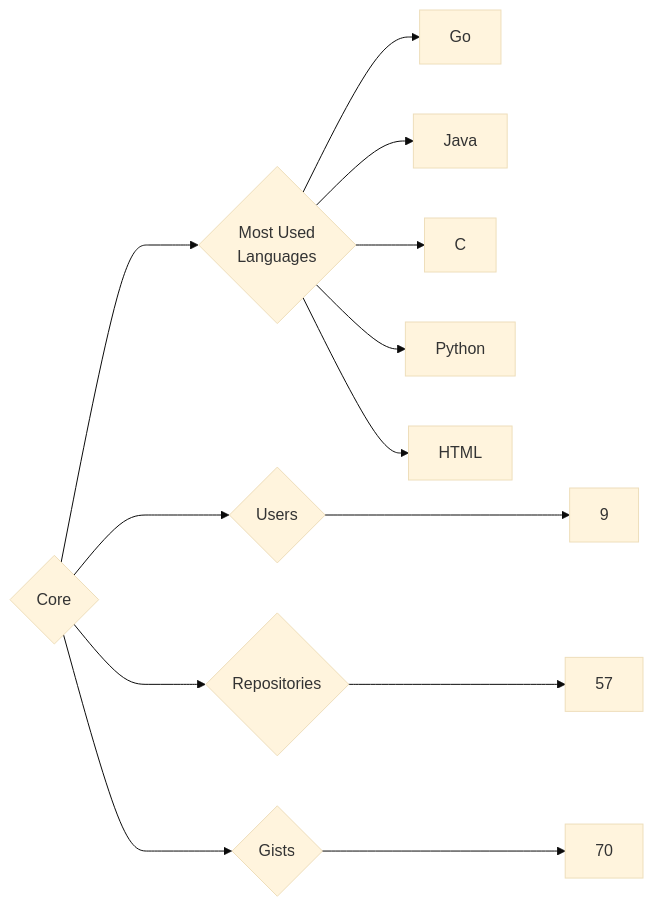
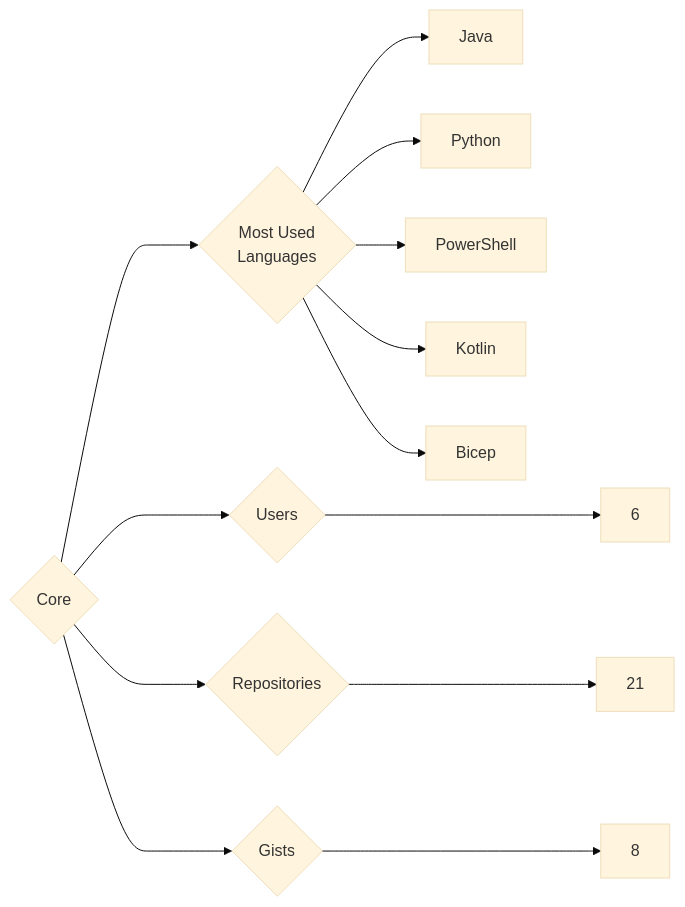
Before and after one commit to trickest/insiders: the diagram in targets/Core/README.md, drawn with Mermaid (base theme). The commit also changed 880 other files, not shown here.

````diff
--- a/targets/Core/README.md
+++ b/targets/Core/README.md
@@ -3,13 +3,13 @@
 ```mermaid
 graph LR
 COMPANY_NAME{Core}
-COMPANY_NAME ---> U{Users} ---> UN[9]
-COMPANY_NAME ---> R{Repositories} ---> RN[57]
-COMPANY_NAME ---> G{Gists} ---> GN[70]
+COMPANY_NAME ---> U{Users} ---> UN[6]
+COMPANY_NAME ---> R{Repositories} ---> RN[21]
+COMPANY_NAME ---> G{Gists} ---> GN[8]
 COMPANY_NAME ---> ML{Most Used<br>Languages}
-ML --> Go[Go]
 ML --> Java[Java]
-ML --> C[C]
 ML --> Python[Python]
-ML --> HTML[HTML]
+ML --> PowerShell[PowerShell]
+ML --> Kotlin[Kotlin]
+ML --> Bicep[Bicep]
 ```
````
